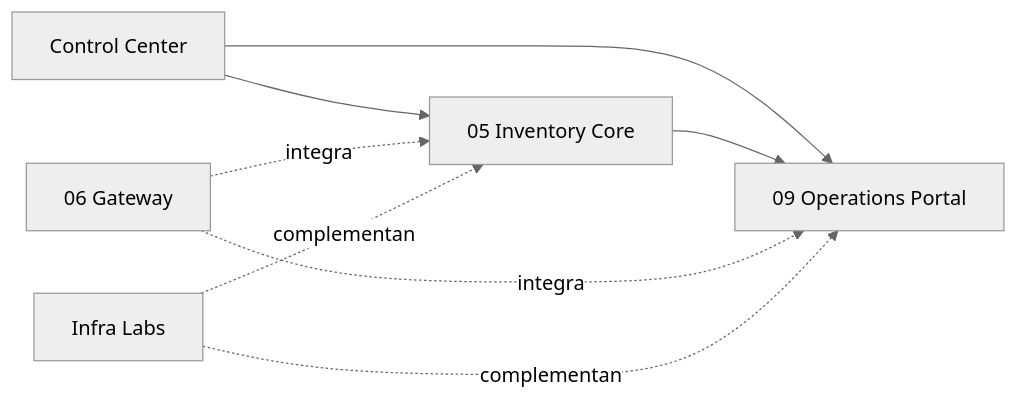
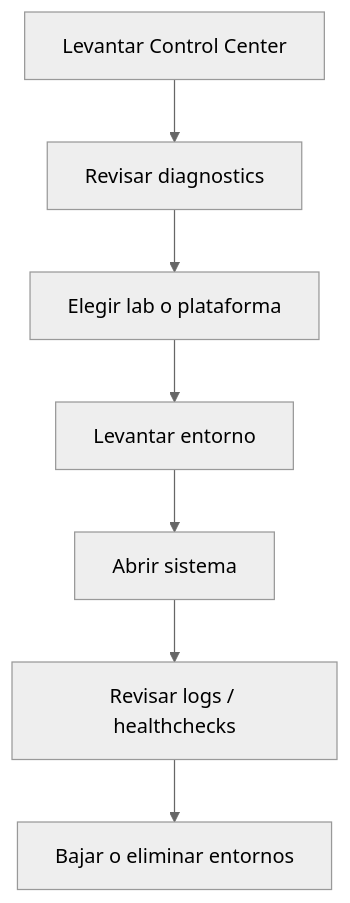
One commit to vladimiracunadev-create/docker-labs changed the second of 2 diagrams in docs/ARCHITECTURE.md. Above: the diagram before and after it, drawn with Mermaid (neutral theme). The commit also changed other lines of this file and 16 other files, not shown here.

````diff
--- a/docs/ARCHITECTURE.md
+++ b/docs/ARCHITECTURE.md
@@ -338,10 +100,9 @@
 ```mermaid
-flowchart LR
-    A["Control Center"] --> B["05 Inventory Core"]
-    A --> C["09 Operations Portal"]
-    B --> C
-    D["06 Gateway"] -. integra .-> B
-    D -. integra .-> C
-    E["Infra Labs"] -. complementan .-> B
-    E -. complementan .-> C
+flowchart TD
+    A["Levantar Control Center"] --> B["Revisar diagnostics"]
+    B --> C["Elegir lab o plataforma"]
+    C --> D["Levantar entorno"]
+    D --> E["Abrir sistema"]
+    E --> F["Revisar logs / healthchecks"]
+    F --> G["Bajar o eliminar entornos"]
 ```
````
